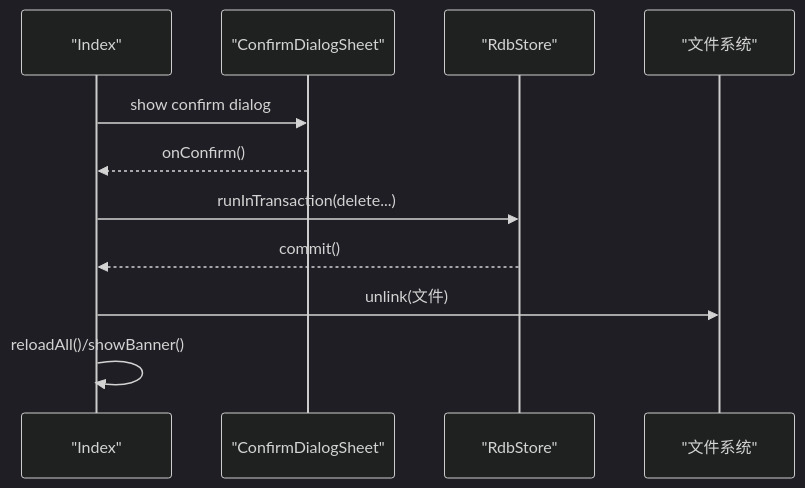
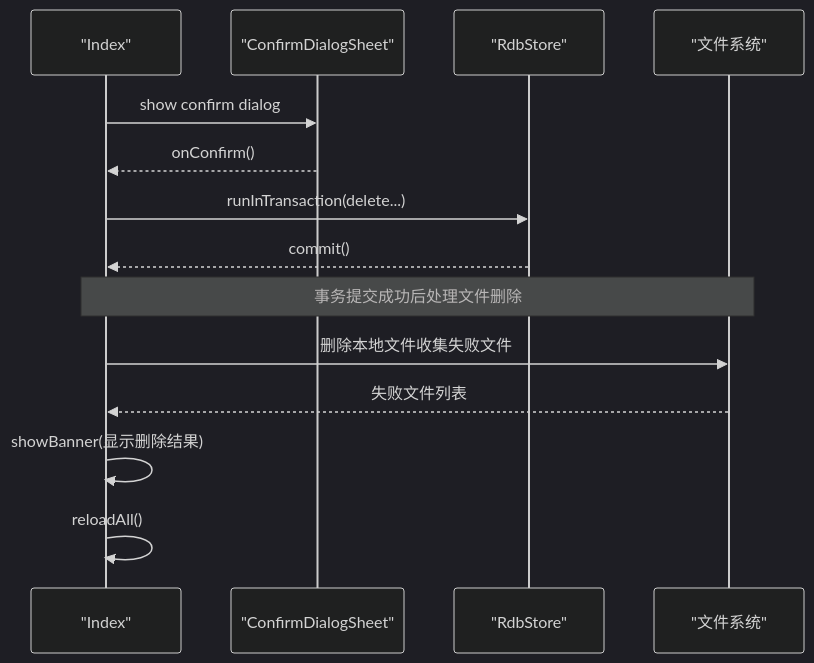
One commit to mmt1202/PlantModel changed the tenth of 11 diagrams in .qoder/repowiki/zh/content/核心模块/页面层/主页面 Index.md. Above: the diagram before and after it, drawn with Mermaid (dark theme). The commit also changed other lines of this file and 14 other files, not shown here.

````diff
--- a/.qoder/repowiki/zh/content/核心模块/页面层/主页面 Index.md
+++ b/.qoder/repowiki/zh/content/核心模块/页面层/主页面 Index.md
@@ -323,13 +341,16 @@
 ```mermaid
 sequenceDiagram
 participant IDX as "Index"
 participant CONF as "ConfirmDialogSheet"
 participant DB as "RdbStore"
 participant FS as "文件系统"
 IDX->>CONF : show confirm dialog
 CONF-->>IDX : onConfirm()
 IDX->>DB : runInTransaction(delete...)
 DB-->>IDX : commit()
-IDX->>FS : unlink(文件)
-IDX->>IDX : reloadAll()/showBanner()
+Note over IDX,FS : 事务提交成功后处理文件删除
+IDX->>FS : 删除本地文件收集失败文件
+FS-->>IDX : 失败文件列表
+IDX->>IDX : showBanner(显示删除结果)
+IDX->>IDX : reloadAll()
 ```
````
